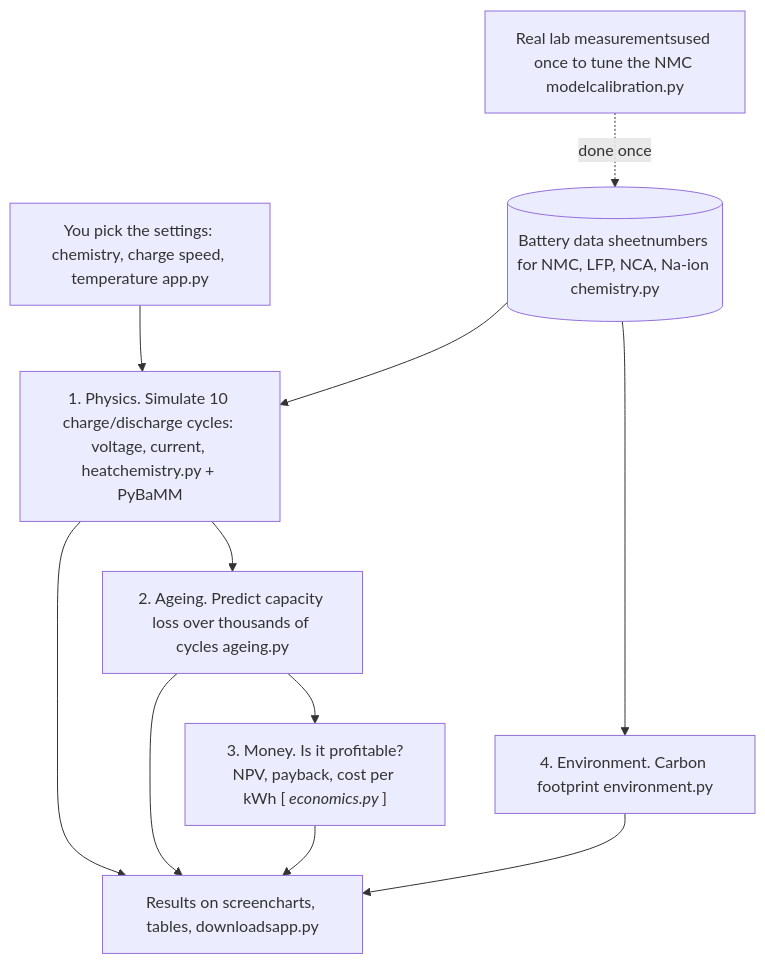
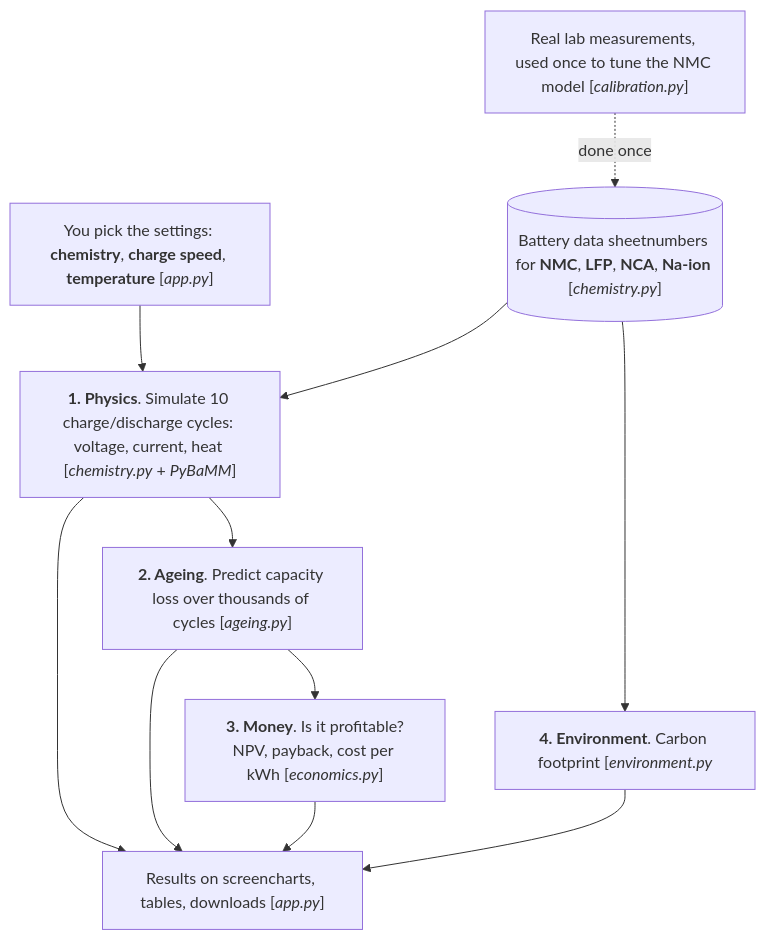
The diagram in README.md (TheJohn01/DigitalTwinBattery), drawn with Mermaid before and after one commit.

````diff
--- a/README.md
+++ b/README.md
@@ -23,25 +23,25 @@
 ```mermaid
 flowchart TD
-    USER["You pick the settings: chemistry, charge speed, temperature app.py"]
-    SHEET[("Battery data sheetnumbers for NMC, LFP, NCA, Na-ion chemistry.py")]
-    LAB["Real lab measurementsused once to tune the NMC modelcalibration.py"]
+    USER["You pick the settings: <b>chemistry</b>, <b>charge speed</b>, <b>temperature</b> [<i>app.py</i>]"]
+    SHEET[("Battery data sheetnumbers for <b>NMC</b>, <b>LFP</b>, <b>NCA</b>, <b>Na-ion</b> [<i>chemistry.py</i>]")]
+    LAB["Real lab measurements, used once to tune the NMC model [<i>calibration.py</i>]"]
 
-    PHYS["1. Physics. Simulate 10 charge/discharge cycles: voltage, current, heatchemistry.py + PyBaMM"]
-    AGE["2. Ageing. Predict capacity loss over thousands of cycles ageing.py"]
-    MONEY["3. Money. Is it profitable?NPV, payback, cost per kWh [<i> economics.py </i>]"]
-    CO2["4. Environment. Carbon footprint environment.py"]
-    OUT["Results on screencharts, tables, downloadsapp.py"]
+    PHYS["<b>1. Physics</b>. Simulate 10 charge/discharge cycles: voltage, current, heat [<i>chemistry.py</i> + <i>PyBaMM</i>]"]
+    AGE["<b>2. Ageing</b>. Predict capacity loss over thousands of cycles [<i>ageing.py</i>]"]
+    MONEY["<b>3. Money</b>. Is it profitable?NPV, payback, cost per kWh [<i>economics.py</i>]"]
+    CO2["<b>4. Environment</b>. Carbon footprint [<i>environment.py</i>"]
+    OUT["Results on screencharts, tables, downloads [<i>app.py</i>]"]
 
     USER --> PHYS
     SHEET --> PHYS
     LAB -. "done once" .-> SHEET
     PHYS --> AGE
     AGE --> MONEY
     SHEET --> CO2
     PHYS --> OUT
     AGE --> OUT
     MONEY --> OUT
     CO2 --> OUT
 
   
 ```
````
